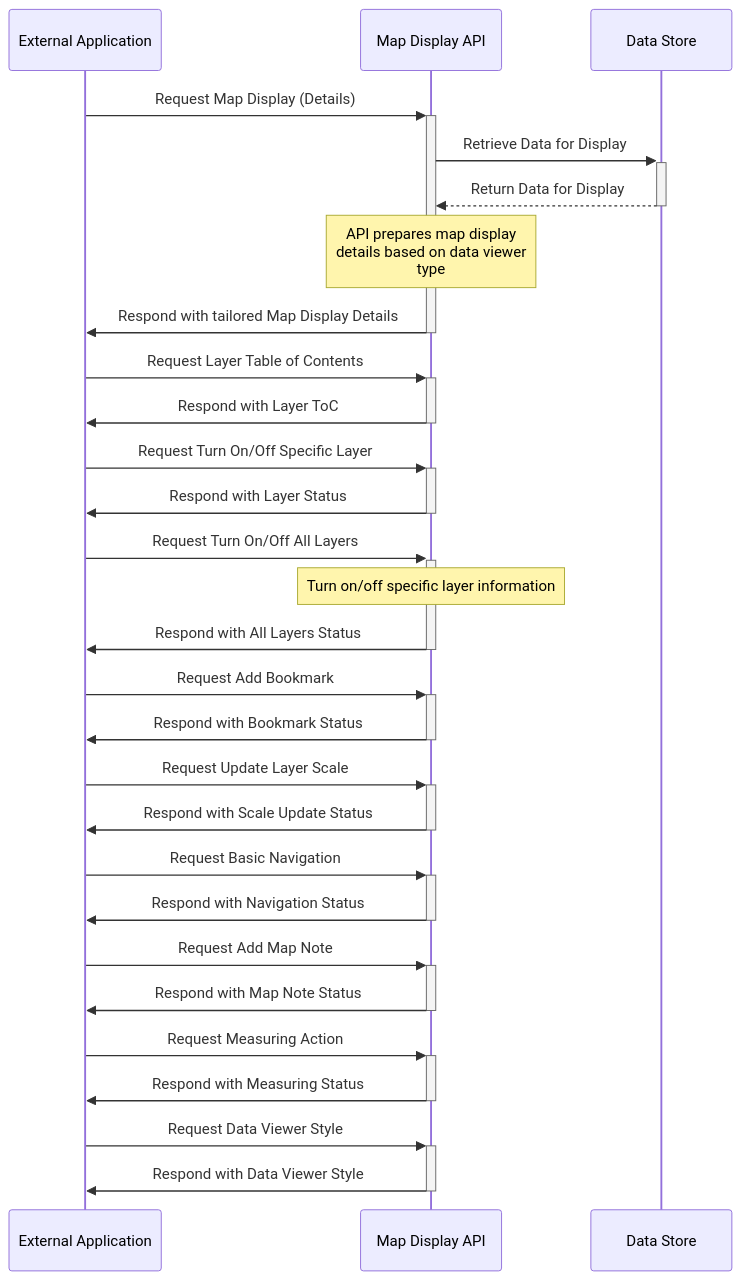
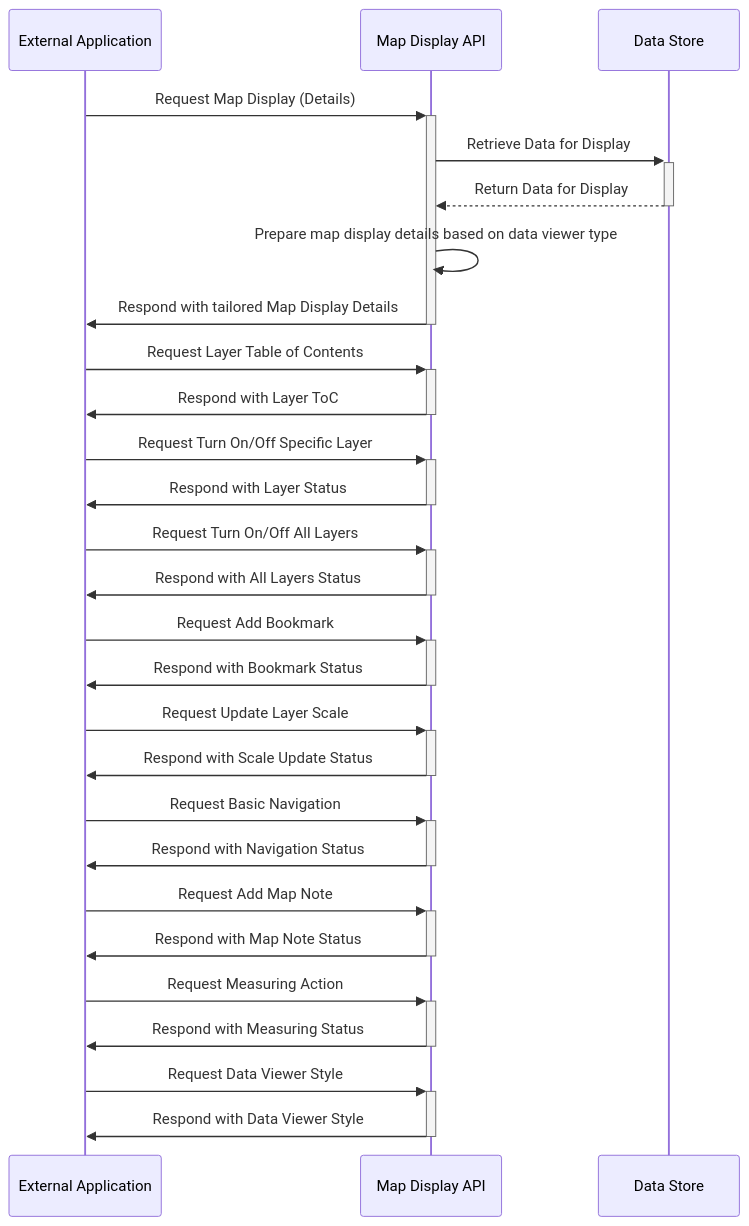
Before and after one commit to GovStackWorkingGroup/bb-gis: the first of 18 diagrams in spec/9-workflows.md, drawn with Mermaid. The commit also changed other lines of this file and 2 other files, not shown here.

````diff
--- a/spec/9-workflows.md
+++ b/spec/9-workflows.md
@@ -23,32 +23,31 @@
 ```mermaid
 sequenceDiagram
   participant ExternalApp as External Application
   participant MapDisplayAPI as Map Display API
   participant DataStore as Data Store
 
   ExternalApp->>+MapDisplayAPI: Request Map Display (Details)
   MapDisplayAPI->>+DataStore: Retrieve Data for Display
   DataStore-->>-MapDisplayAPI: Return Data for Display
-  Note over MapDisplayAPI: API prepares map display<br> details based on data viewer<br> type
+  MapDisplayAPI->>MapDisplayAPI: Prepare map display details based on data viewer type
   MapDisplayAPI->>-ExternalApp: Respond with tailored Map Display Details
   ExternalApp->>+MapDisplayAPI: Request Layer Table of Contents
   MapDisplayAPI->>-ExternalApp: Respond with Layer ToC
   ExternalApp->>+MapDisplayAPI: Request Turn On/Off Specific Layer
   MapDisplayAPI->>-ExternalApp: Respond with Layer Status
   ExternalApp->>+MapDisplayAPI: Request Turn On/Off All Layers
-  Note over MapDisplayAPI: Turn on/off specific layer information
   MapDisplayAPI->>-ExternalApp: Respond with All Layers Status
   ExternalApp->>+MapDisplayAPI: Request Add Bookmark
   MapDisplayAPI->>-ExternalApp: Respond with Bookmark Status
   ExternalApp->>+MapDisplayAPI: Request Update Layer Scale
   MapDisplayAPI->>-ExternalApp: Respond with Scale Update Status
   ExternalApp->>+MapDisplayAPI: Request Basic Navigation
   MapDisplayAPI->>-ExternalApp: Respond with Navigation Status
   ExternalApp->>+MapDisplayAPI: Request Add Map Note
   MapDisplayAPI->>-ExternalApp: Respond with Map Note Status
   ExternalApp->>+MapDisplayAPI: Request Measuring Action
   MapDisplayAPI->>-ExternalApp: Respond with Measuring Status
   ExternalApp->>+MapDisplayAPI: Request Data Viewer Style
   MapDisplayAPI->>-ExternalApp: Respond with Data Viewer Style
   
 ```
````
